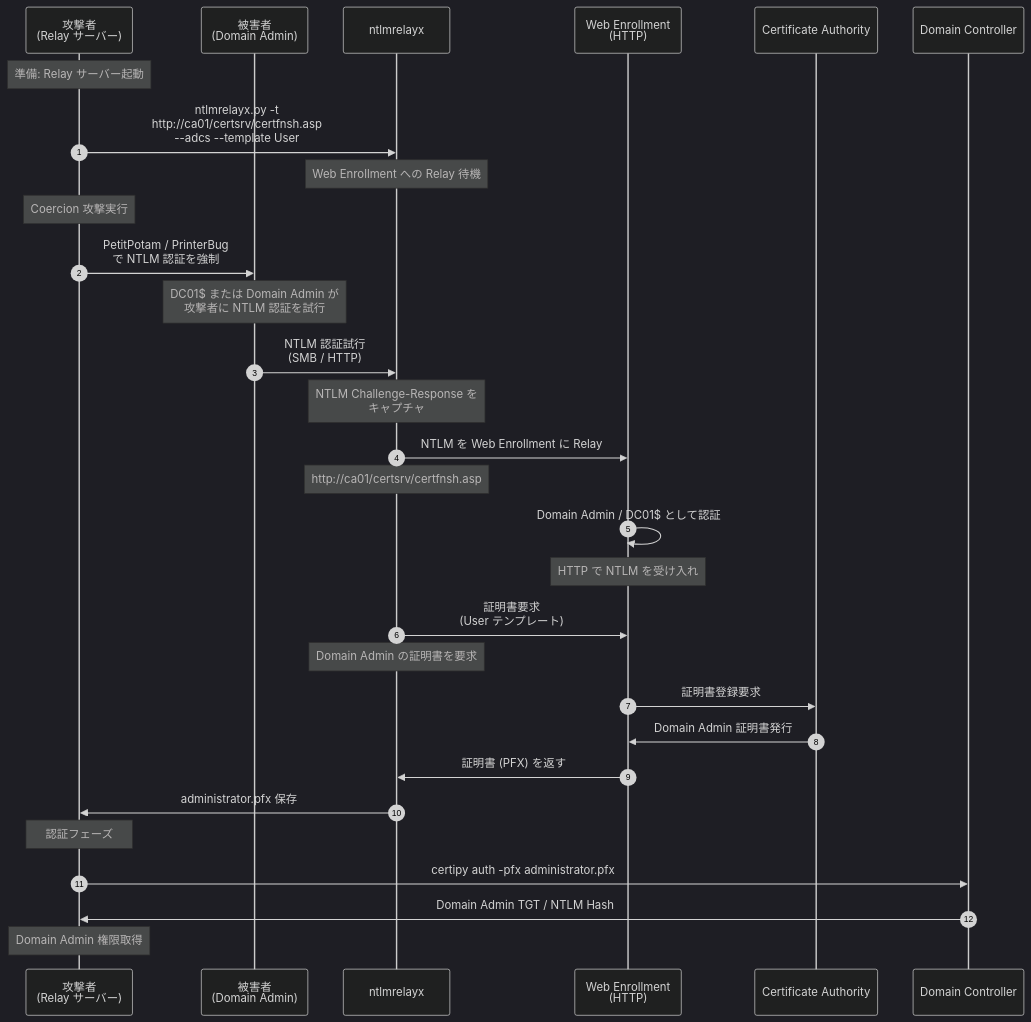
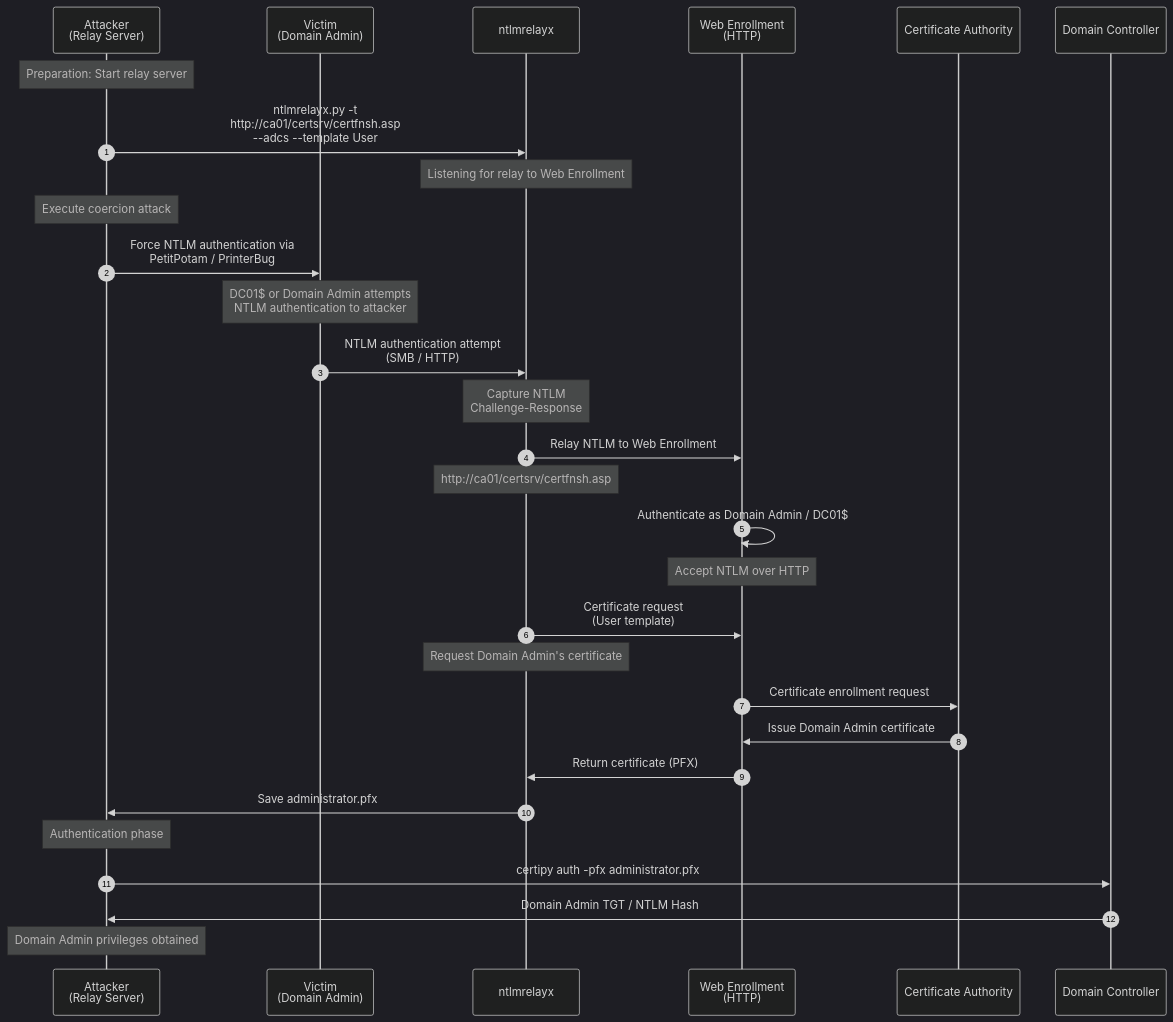
Before and after one commit to morimori-dev/morimori-dev.github.io: the eighth of 17 diagrams in _posts/2026-03-03-tech-adcs-esc-attack-guide.md, drawn with Mermaid (dark theme). The commit also changed other lines of this file and 1 other file, not shown here.

````diff
--- a/_posts/2026-03-03-tech-adcs-esc-attack-guide.md
+++ b/_posts/2026-03-03-tech-adcs-esc-attack-guide.md
@@ -756,48 +757,48 @@
 ```mermaid
 sequenceDiagram
     autonumber
-    participant A as 攻撃者<br/>(Relay サーバー)
-    participant V as 被害者<br/>(Domain Admin)
+    participant A as Attacker<br/>(Relay Server)
+    participant V as Victim<br/>(Domain Admin)
     participant R as ntlmrelayx
     participant W as Web Enrollment<br/>(HTTP)
     participant CA as Certificate Authority
     participant DC as Domain Controller
-    
-    Note over A: 準備: Relay サーバー起動
-    
+
+    Note over A: Preparation: Start relay server
+
     A->>R: ntlmrelayx.py -t<br/>http://ca01/certsrv/certfnsh.asp<br/>--adcs --template User
-    
-    Note over R: Web Enrollment への Relay 待機
-    
-    Note over A: Coercion 攻撃実行
-    
-    A->>V: PetitPotam / PrinterBug<br/>で NTLM 認証を強制
-    
-    Note over V: DC01$ または Domain Admin が<br/>攻撃者に NTLM 認証を試行
-    
-    V->>R: NTLM 認証試行<br/>(SMB / HTTP)
-    
-    Note over R: NTLM Challenge-Response を<br/>キャプチャ
-    
-    R->>W: NTLM を Web Enrollment に Relay
+
+    Note over R: Listening for relay to Web Enrollment
+
+    Note over A: Execute coercion attack
+
+    A->>V: Force NTLM authentication via<br/>PetitPotam / PrinterBug
+
+    Note over V: DC01$ or Domain Admin attempts<br/>NTLM authentication to attacker
+
+    V->>R: NTLM authentication attempt<br/>(SMB / HTTP)
+
+    Note over R: Capture NTLM<br/>Challenge-Response
+
+    R->>W: Relay NTLM to Web Enrollment
     Note over R: http://ca01/certsrv/certfnsh.asp
-    
-    W->>W: Domain Admin / DC01$ として認証
-    Note over W: HTTP で NTLM を受け入れ
-    
-    R->>W: 証明書要求<br/>(User テンプレート)
-    Note over R: Domain Admin の証明書を要求
-    
-    W->>CA: 証明書登録要求
-    CA->>W: Domain Admin 証明書発行
-    W->>R: 証明書 (PFX) を返す
-    
-    R->>A: administrator.pfx 保存
-    
-    Note over A: 認証フェーズ
-    
+
+    W->>W: Authenticate as Domain Admin / DC01$
+    Note over W: Accept NTLM over HTTP
+
+    R->>W: Certificate request<br/>(User template)
+    Note over R: Request Domain Admin's certificate
+
+    W->>CA: Certificate enrollment request
+    CA->>W: Issue Domain Admin certificate
+    W->>R: Return certificate (PFX)
+
+    R->>A: Save administrator.pfx
+
+    Note over A: Authentication phase
+
     A->>DC: certipy auth -pfx administrator.pfx
     DC->>A: Domain Admin TGT / NTLM Hash
-    
-    Note over A: Domain Admin 権限取得
+
+    Note over A: Domain Admin privileges obtained
 ```
````
